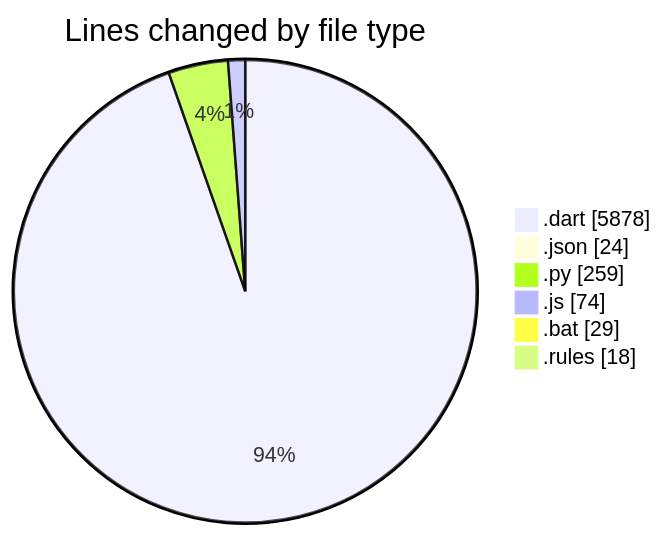
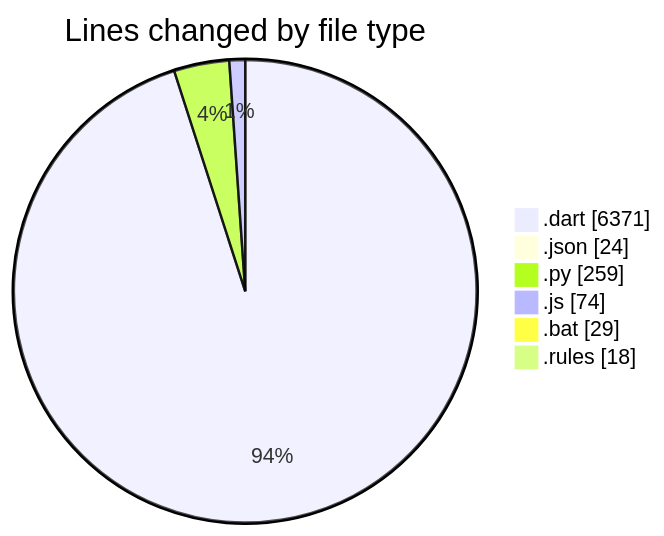
The first of 2 diagrams in 2025-08-04/studybuddy/README.md (lephambinh05/code-tracking), drawn with Mermaid before and after one commit. The commit also changed other lines of this file and 1 other file, not shown here.

````diff
--- a/2025-08-04/studybuddy/README.md
+++ b/2025-08-04/studybuddy/README.md
@@ -52,10 +53,10 @@
 ```mermaid
 pie showData
 title Lines changed by file type
-".dart" : 5878
+".dart" : 6371
 ".json" : 24
 ".py" : 259
 ".js" : 74
 ".bat" : 29
 ".rules" : 18
 ```
````
